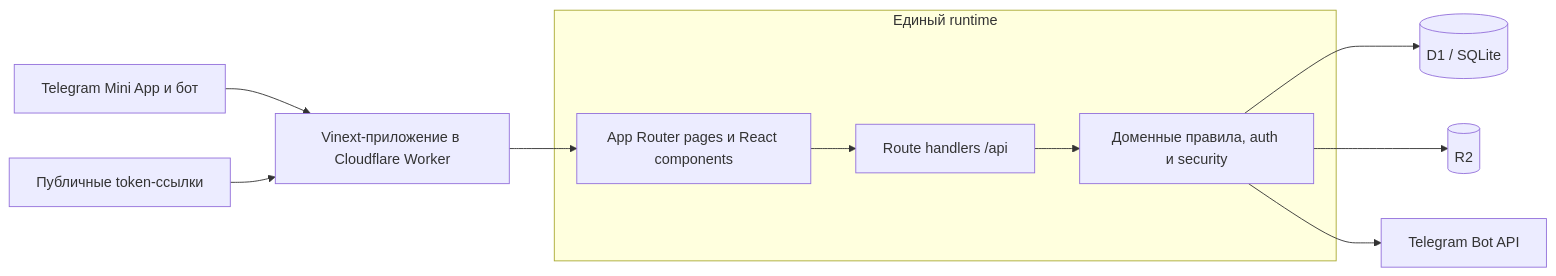
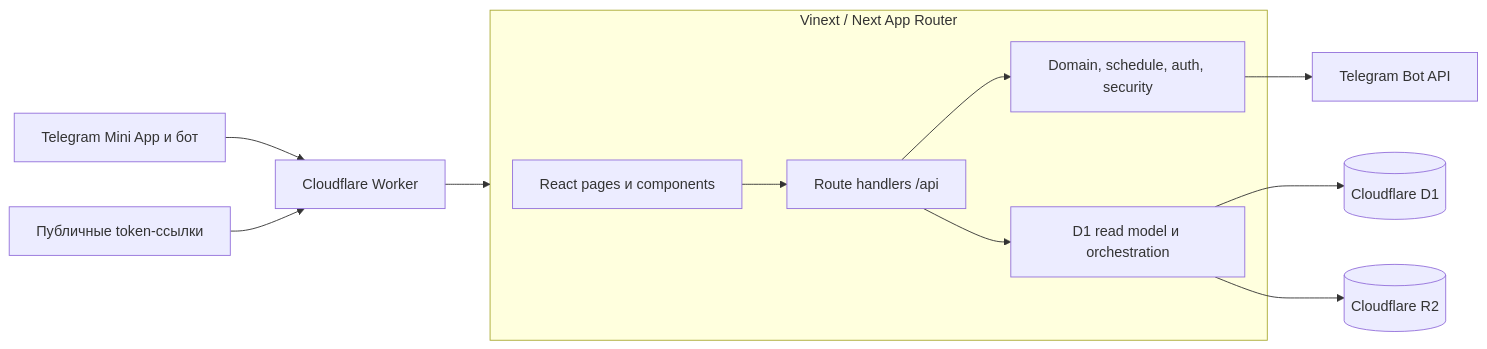
Before and after one commit to orynbajgalym4-source/Volunteering_is_for_those_who_need_help_-B3: the second of 2 diagrams in README.md, drawn with Mermaid. The commit also changed other lines of this file, not shown here.

````diff
--- a/README.md
+++ b/README.md
@@ -86,18 +312,20 @@
 ```mermaid
 flowchart LR
-  TG["Telegram Mini App и бот"] --> APP["Vinext-приложение в Cloudflare Worker"]
-  WEB["Публичные token-ссылки"] --> APP
+  TG["Telegram Mini App и бот"] --> WORKER["Cloudflare Worker"]
+  WEB["Публичные token-ссылки"] --> WORKER
 
-  subgraph RUNTIME["Единый runtime"]
-    UI["App Router pages и React components"]
+  subgraph APP["Vinext / Next App Router"]
+    PAGES["React pages и components"]
     API["Route handlers /api"]
-    DOMAIN["Доменные правила, auth и security"]
-    UI --> API
+    DOMAIN["Domain, schedule, auth, security"]
+    STORE["D1 read model и orchestration"]
+    PAGES --> API
     API --> DOMAIN
+    API --> STORE
   end
 
-  APP --> UI
-  DOMAIN --> D1[("D1 / SQLite")]
-  DOMAIN --> R2[("R2")]
+  WORKER --> APP
+  STORE --> D1[("Cloudflare D1")]
+  STORE --> R2[("Cloudflare R2")]
   DOMAIN --> BOT["Telegram Bot API"]
 ```
````
